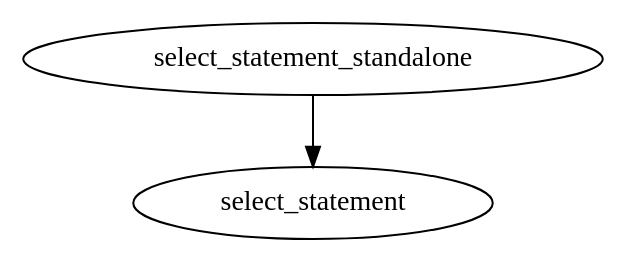
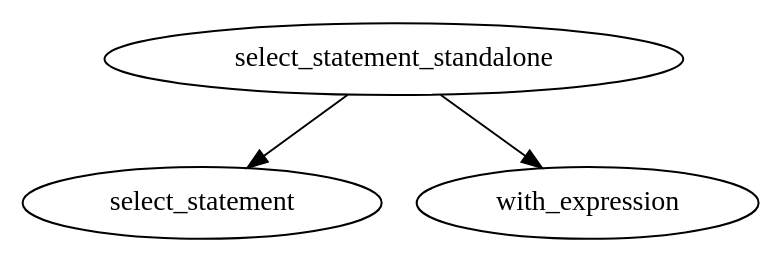
One commit to Crary-Systems/tree-sitter-tsql changed the diagram in docs/roadmap/grammar/select_statement_standalone.dot. Above: the diagram before and after it, drawn with Graphviz. The commit also changed 5 other files, not shown here.

Commit message:
Add roadmap work on select_statement_standalone missing with_expression

```diff
--- a/docs/roadmap/grammar/select_statement_standalone.dot
+++ b/docs/roadmap/grammar/select_statement_standalone.dot
@@ -1,6 +1,9 @@
 digraph {
   select_statement_standalone
     [URL="https://github.com/Crary-Systems/tree-sitter-tsql/blob/4dda5f0b2a1d0c921fa68dff7fd5ffdb39467df3/grammar.js#L197-L200"]
 
   select_statement_standalone -> select_statement
+
+  ##TODO
+  select_statement_standalone -> with_expression
 }
```
